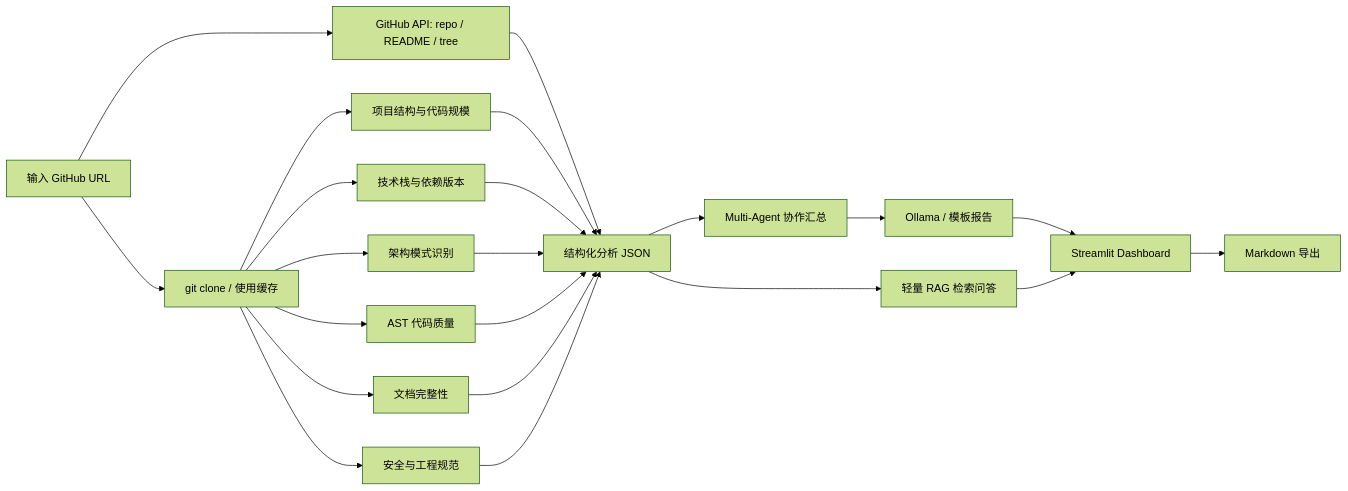
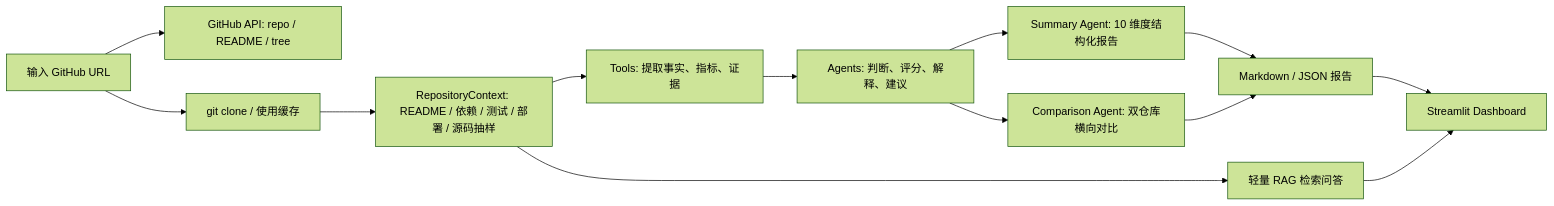
Before and after one commit to ryannacho68-ui/github-repo-analyzer: the diagram in README.md, drawn with Mermaid (forest theme). The commit also changed other lines of this file and 34 other files, not shown here.

Commit message:
Refactor agents and add repository comparison

````diff
--- a/README.md
+++ b/README.md
@@ -27,24 +29,15 @@
 ```mermaid
 flowchart LR
     A["输入 GitHub URL"] --> A1["GitHub API: repo / README / tree"]
     A --> B["git clone / 使用缓存"]
-    B --> C["项目结构与代码规模"]
-    B --> D["技术栈与依赖版本"]
-    B --> E["架构模式识别"]
-    B --> F["AST 代码质量"]
-    B --> G["文档完整性"]
-    B --> H["安全与工程规范"]
-    A1 --> I["结构化分析 JSON"]
-    C --> I
-    D --> I
-    E --> I
-    F --> I
-    G --> I
-    H --> I
-    I --> J["Multi-Agent 协作汇总"]
-    J --> K["Ollama / 模板报告"]
-    I --> L["轻量 RAG 检索问答"]
-    K --> M["Streamlit Dashboard"]
-    L --> M
-    M --> N["Markdown 导出"]
+    B --> C["RepositoryContext: README / 依赖 / 测试 / 部署 / 源码抽样"]
+    C --> D["Tools: 提取事实、指标、证据"]
+    D --> E["Agents: 判断、评分、解释、建议"]
+    E --> F["Summary Agent: 10 维度结构化报告"]
+    E --> G["Comparison Agent: 双仓库横向对比"]
+    F --> H["Markdown / JSON 报告"]
+    G --> H
+    C --> I["轻量 RAG 检索问答"]
+    H --> J["Streamlit Dashboard"]
+    I --> J
 ```
````
